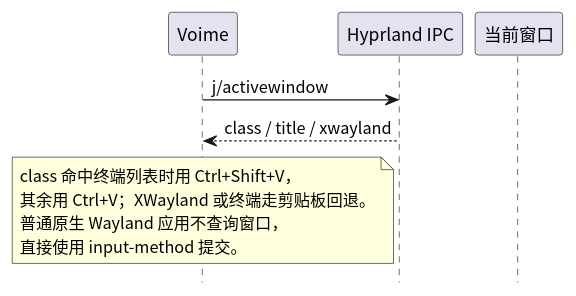
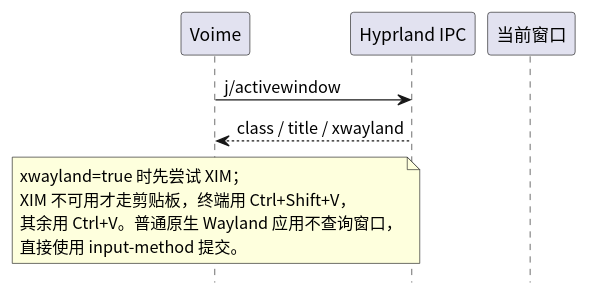
The diagram in diagram/prov-hyprland.puml (54m43lJ/voime), drawn with PlantUML before and after one commit. The commit also changed 31 other files, not shown here.

Commit message:
docs: XWayland 改走 XIM，剪贴板仅作兜底

```diff
--- a/diagram/prov-hyprland.puml
+++ b/diagram/prov-hyprland.puml
@@ -1,19 +1,19 @@
 @startuml
 skinparam defaultFontName "Noto Sans CJK SC"
 skinparam shadowing false
 hide footbox
 
 participant "Voime" as Voime
 participant "Hyprland IPC" as Ipc
 participant "当前窗口" as Window
 
 Voime -> Ipc : j/activewindow
 Ipc --> Voime : class / title / xwayland
 
 note over Voime
-  class 命中终端列表时用 Ctrl+Shift+V，
-  其余用 Ctrl+V；XWayland 或终端走剪贴板回退。
-  普通原生 Wayland 应用不查询窗口，
+  xwayland=true 时先尝试 XIM；
+  XIM 不可用才走剪贴板，终端用 Ctrl+Shift+V，
+  其余用 Ctrl+V。普通原生 Wayland 应用不查询窗口，
   直接使用 input-method 提交。
 end note
 @enduml
```
